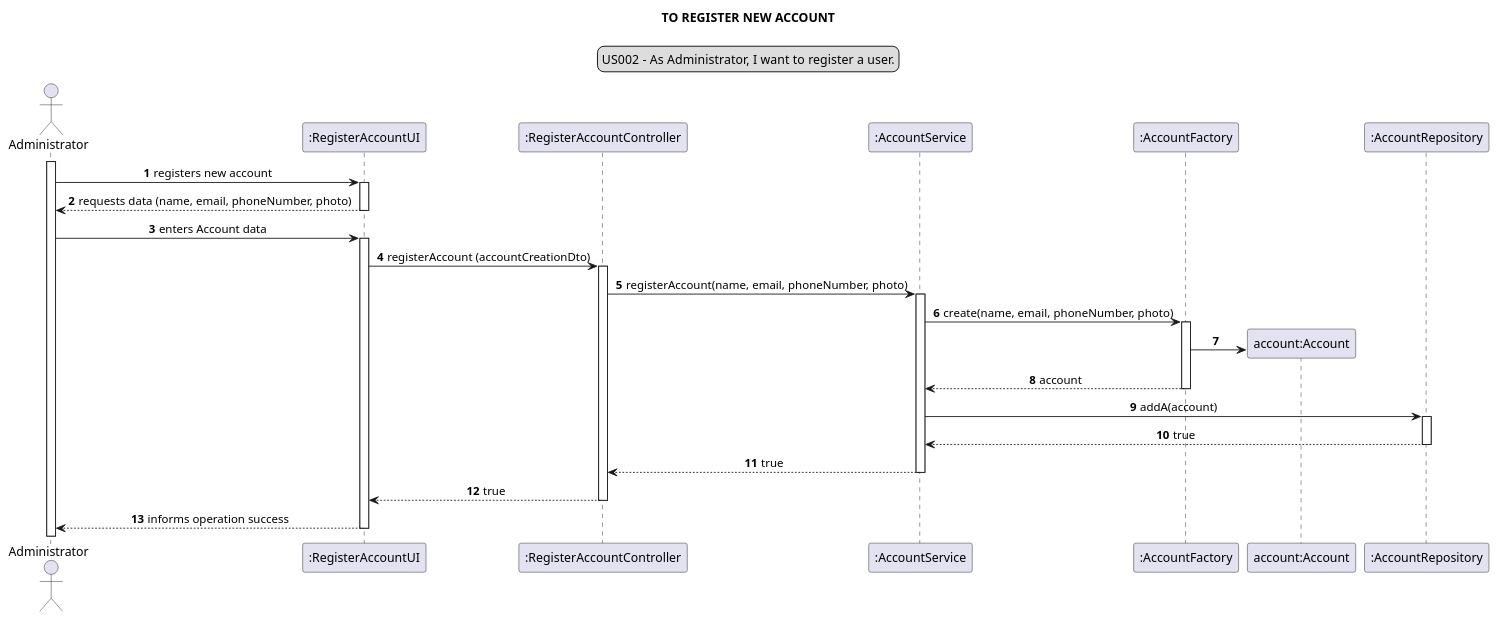
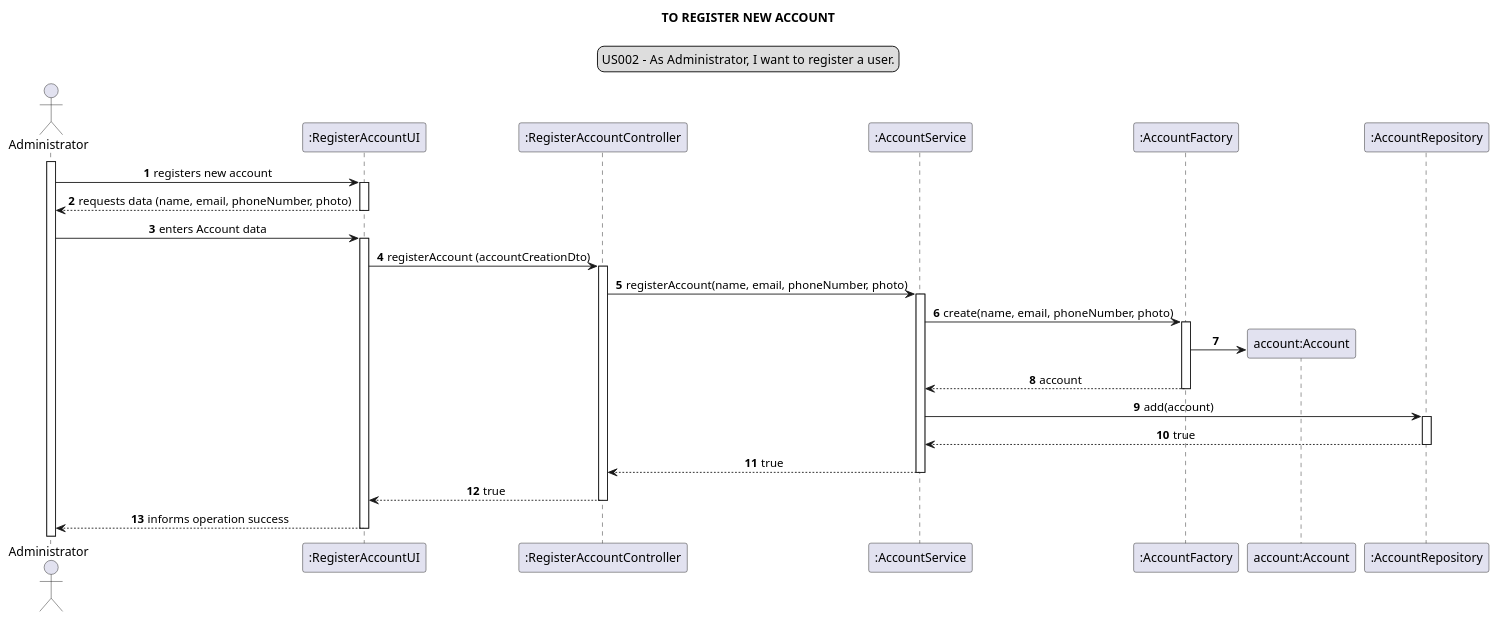
The diagram in docs/modelling_design/user_stories/sprint01/us002/US002_sequenceDiagram.puml (Loracline/project_switch_22-23), drawn with PlantUML before and after one commit. The commit also changed 5 other files, not shown here.

Commit message:
US02: Development: created class AccountService with method registerAccount and its tests. addresses #359

```diff
--- a/docs/modelling_design/user_stories/sprint01/us002/US002_sequenceDiagram.puml
+++ b/docs/modelling_design/user_stories/sprint01/us002/US002_sequenceDiagram.puml
@@ -1,44 +1,44 @@
 @startuml
 skinparam sequenceMessageAlign center
 title TO REGISTER NEW ACCOUNT
 legend top
 US002 - As Administrator, I want to register a user.
 end legend
 autonumber
 actor "Administrator" as administrator
 participant ":RegisterAccountUI" as ui
 participant ":RegisterAccountController" as ct
 participant ":AccountService" as service
 participant ":AccountFactory" as factory
 participant "account:Account" as ac
 participant ":AccountRepository" as repository
 
 activate administrator
 administrator -> ui: registers new account
 activate ui
 ui --> administrator: requests data (name, email, phoneNumber, photo)
 deactivate ui
 administrator -> ui: enters Account data
 activate ui
 ui -> ct: registerAccount (accountCreationDto)
 activate ct
 ct -> service: registerAccount(name, email, phoneNumber, photo)
 activate service
 service -> factory: create(name, email, phoneNumber, photo)
 create ac
 activate factory
 factory -> ac
 factory --> service: account
 deactivate factory
-service -> repository: addA(account)
+service -> repository: add(account)
 activate repository
 repository --> service: true
 deactivate repository
 service --> ct: true
 deactivate service
 deactivate ac
 ct --> ui: true
 deactivate ct
 ui--> administrator: informs operation success
 deactivate ui
 @enduml
```
